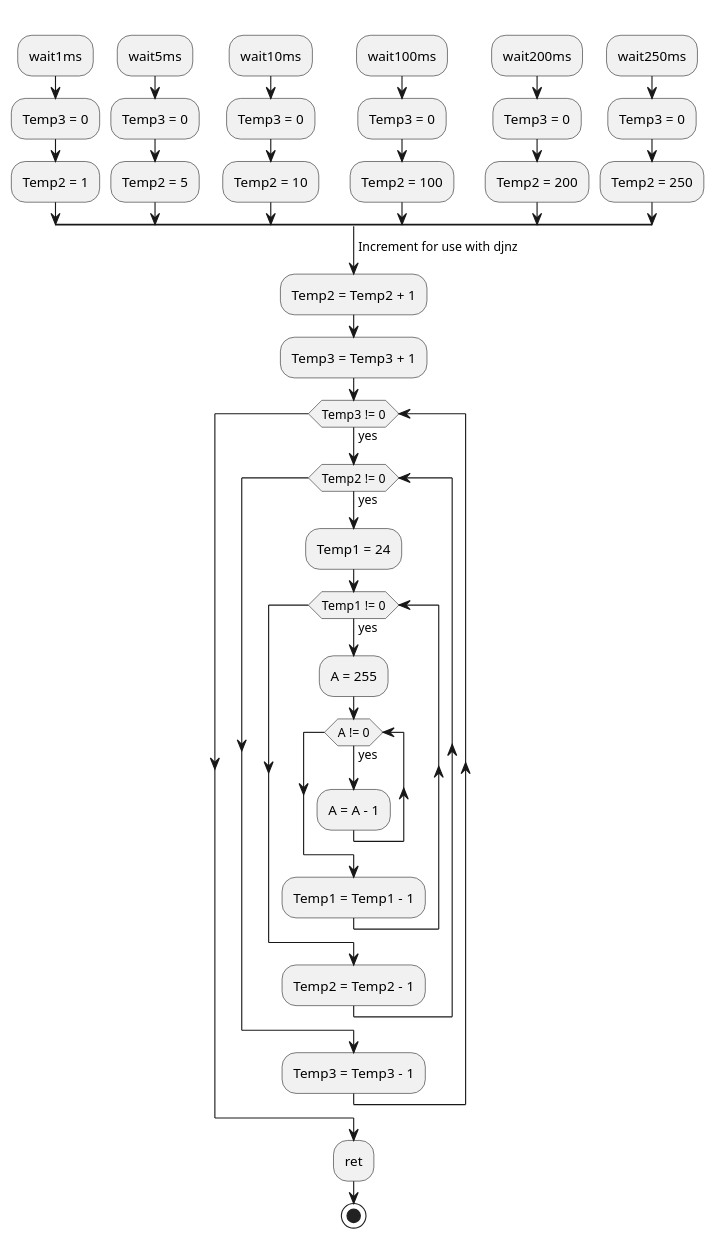
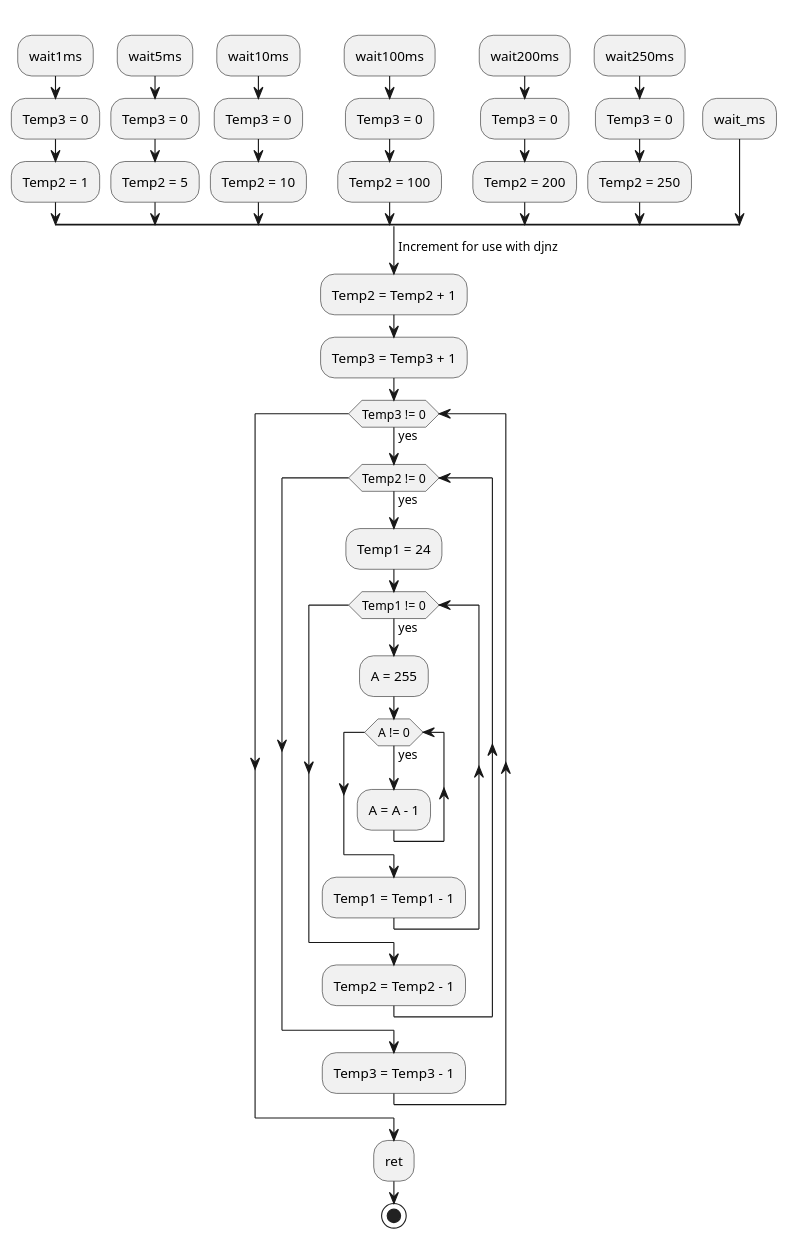
One commit to bird-sanctuary/bluejay-documentation changed the diagram in puml/DetailedDesign-WaitMs.puml. Above: the diagram before and after it, drawn with PlantUML. The commit also changed 3 other files, not shown here.

```diff
--- a/puml/DetailedDesign-WaitMs.puml
+++ b/puml/DetailedDesign-WaitMs.puml
@@ -1,56 +1,59 @@
 @startuml 
 split
   -[hidden]->
   :wait1ms;
   :Temp3 = 0;
   :Temp2 = 1;
 split again
   -[hidden]->
   :wait5ms;
   :Temp3 = 0;
   :Temp2 = 5;
 split again
   -[hidden]->
   :wait10ms;
   :Temp3 = 0;
   :Temp2 = 10;
 split again
   -[hidden]->
   :wait100ms;
   :Temp3 = 0;
   :Temp2 = 100;
 split again
   -[hidden]->
   :wait200ms;
   :Temp3 = 0;
   :Temp2 = 200;
 split again
   -[hidden]->
   :wait250ms;
   :Temp3 = 0;
   :Temp2 = 250;
+split again
+  -[hidden]->
+  :wait_ms;
 end split
 ->Increment for use with djnz;
 :Temp2 = Temp2 + 1;
 :Temp3 = Temp3 + 1;
 while (Temp3 != 0)
   ->yes;
   while (Temp2 != 0)
     ->yes;
     :Temp1 = 24;
     while (Temp1 != 0)
       ->yes;
       :A = 255;
       while (A != 0)
         ->yes;
         :A = A - 1;
       endwhile
       :Temp1 = Temp1 - 1;
     endwhile
     :Temp2 = Temp2 - 1;
   endwhile
   :Temp3 = Temp3 - 1;
 endwhile
 :ret;
 stop
 @enduml
```
